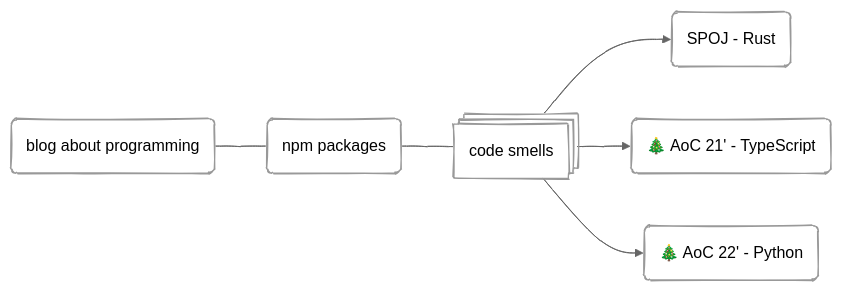
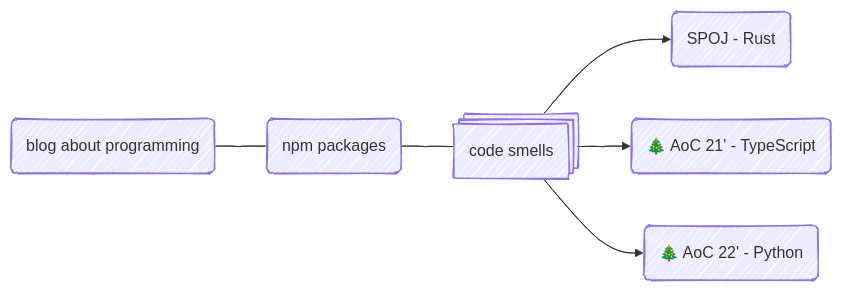
Before and after one commit to twistezo/twistezo: the diagram in README.md, drawn with Mermaid.

````diff
--- a/README.md
+++ b/README.md
@@ -1,29 +1,29 @@
 ```mermaid
 ---
 config:
   look: handDrawn
-  theme: neutral
+  # theme: neutral
   securityLevel: antiscript
 ---
 flowchart LR
     BLOG(blog about programming)
     NPM(npm packages)
     CODE@{ shape: st-rect, label: "code smells"}
     A(SPOJ - Rust)
     B(🎄 AoC 21' - TypeScript)
     C(🎄 AoC 22' - Python)
 
     BLOG --- NPM --- CODE
     CODE --> A
     CODE --> B
     CODE --> C
 
     click BLOG href "https://twistezo.github.io/blog/" "Tooltip" _blank
     click NPM href "https://www.npmjs.com/~twistezo" "Tooltip" _blank
     click A href "https://github.com/twistezo/spoj-tournament" "Tooltip" _blank
     click B href "https://github.com/twistezo/advent-of-code-2021" "Tooltip" _blank
     click C href "https://github.com/twistezo/advent-of-code-2021" "Tooltip" _blank
 
-    classDef styles fill:#fff
-    class BLOG,NPM,CODE,A,B,C styles
+    %% classDef styles fill:#fff
+    %% class BLOG,NPM,CODE,A,B,C styles
 ```
````
